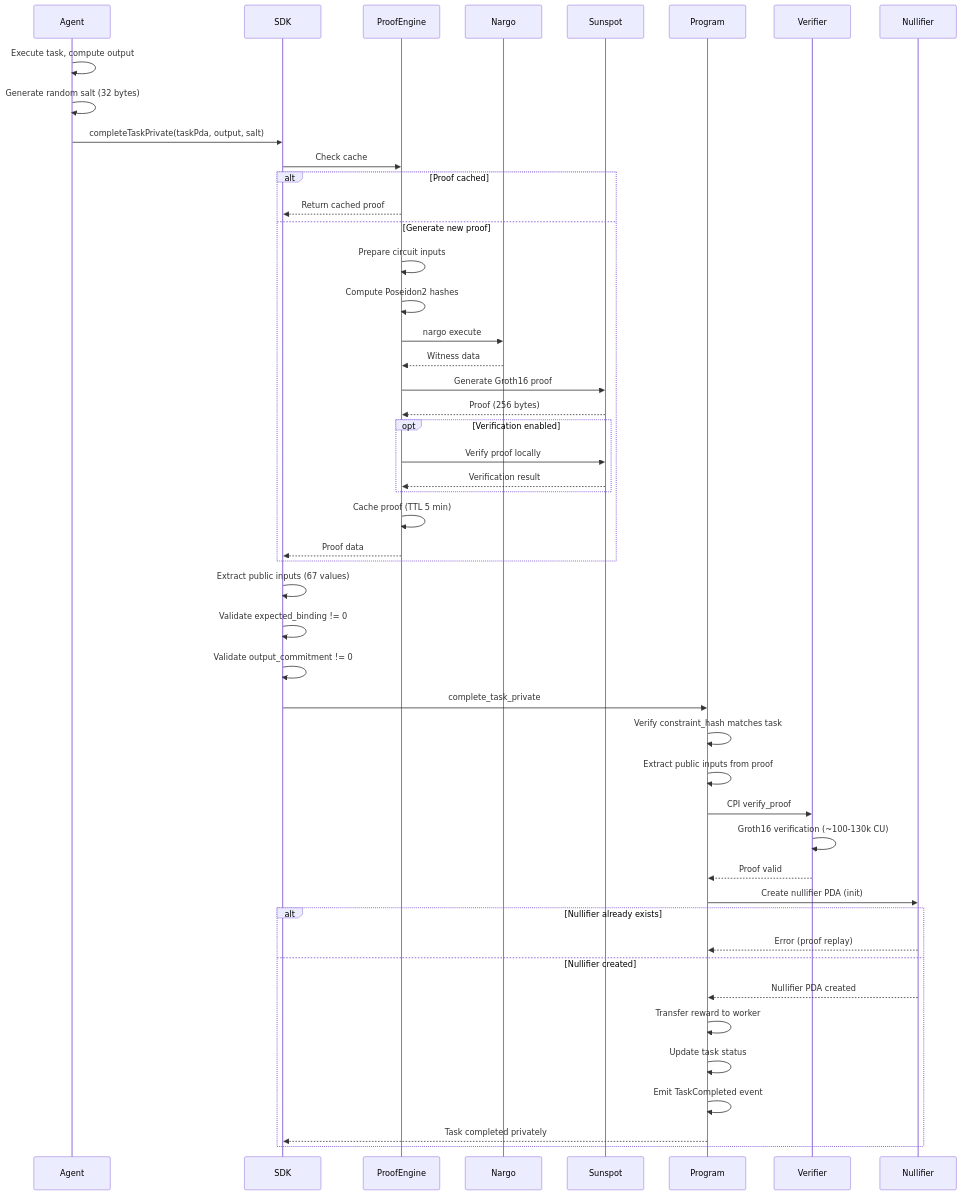
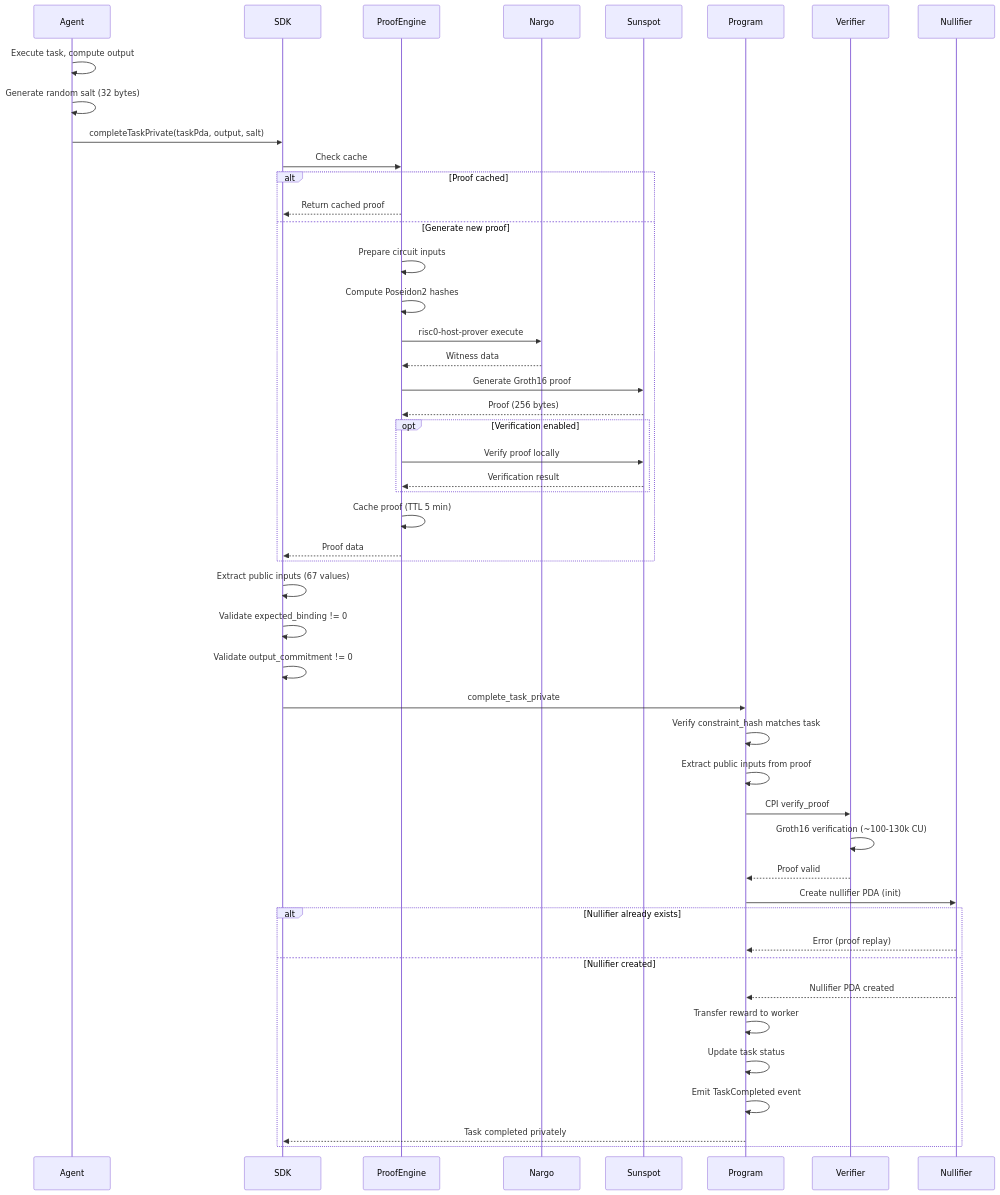
Before and after one commit to tetsuo-ai/AgenC: the first of 5 diagrams in docs/architecture/flows/zk-proof-flow.md, drawn with Mermaid. The commit also changed other lines of this file and 123 other files, not shown here.

````diff
--- a/docs/architecture/flows/zk-proof-flow.md
+++ b/docs/architecture/flows/zk-proof-flow.md
@@ -7,58 +7,58 @@
 ```mermaid
 sequenceDiagram
     participant Agent
     participant SDK
     participant ProofEngine
     participant Nargo
     participant Sunspot
     participant Program
     participant Verifier
     participant Nullifier
 
     Agent->>Agent: Execute task, compute output
     Agent->>Agent: Generate random salt (32 bytes)
 
     Agent->>SDK: completeTaskPrivate(taskPda, output, salt)
     SDK->>ProofEngine: Check cache
 
     alt Proof cached
         ProofEngine-->>SDK: Return cached proof
     else Generate new proof
         ProofEngine->>ProofEngine: Prepare circuit inputs
         ProofEngine->>ProofEngine: Compute Poseidon2 hashes
-        ProofEngine->>Nargo: nargo execute
+        ProofEngine->>Nargo: risc0-host-prover execute
         Nargo-->>ProofEngine: Witness data
         ProofEngine->>Sunspot: Generate Groth16 proof
         Sunspot-->>ProofEngine: Proof (256 bytes)
 
         opt Verification enabled
             ProofEngine->>Sunspot: Verify proof locally
             Sunspot-->>ProofEngine: Verification result
         end
 
         ProofEngine->>ProofEngine: Cache proof (TTL 5 min)
         ProofEngine-->>SDK: Proof data
     end
 
     SDK->>SDK: Extract public inputs (67 values)
     SDK->>SDK: Validate expected_binding != 0
     SDK->>SDK: Validate output_commitment != 0
 
     SDK->>Program: complete_task_private
     Program->>Program: Verify constraint_hash matches task
     Program->>Program: Extract public inputs from proof
     Program->>Verifier: CPI verify_proof
     Verifier->>Verifier: Groth16 verification (~100-130k CU)
     Verifier-->>Program: Proof valid
 
     Program->>Nullifier: Create nullifier PDA (init)
     alt Nullifier already exists
         Nullifier-->>Program: Error (proof replay)
     else Nullifier created
         Nullifier-->>Program: Nullifier PDA created
         Program->>Program: Transfer reward to worker
         Program->>Program: Update task status
         Program->>Program: Emit TaskCompleted event
         Program-->>SDK: Task completed privately
     end
 ```
````
